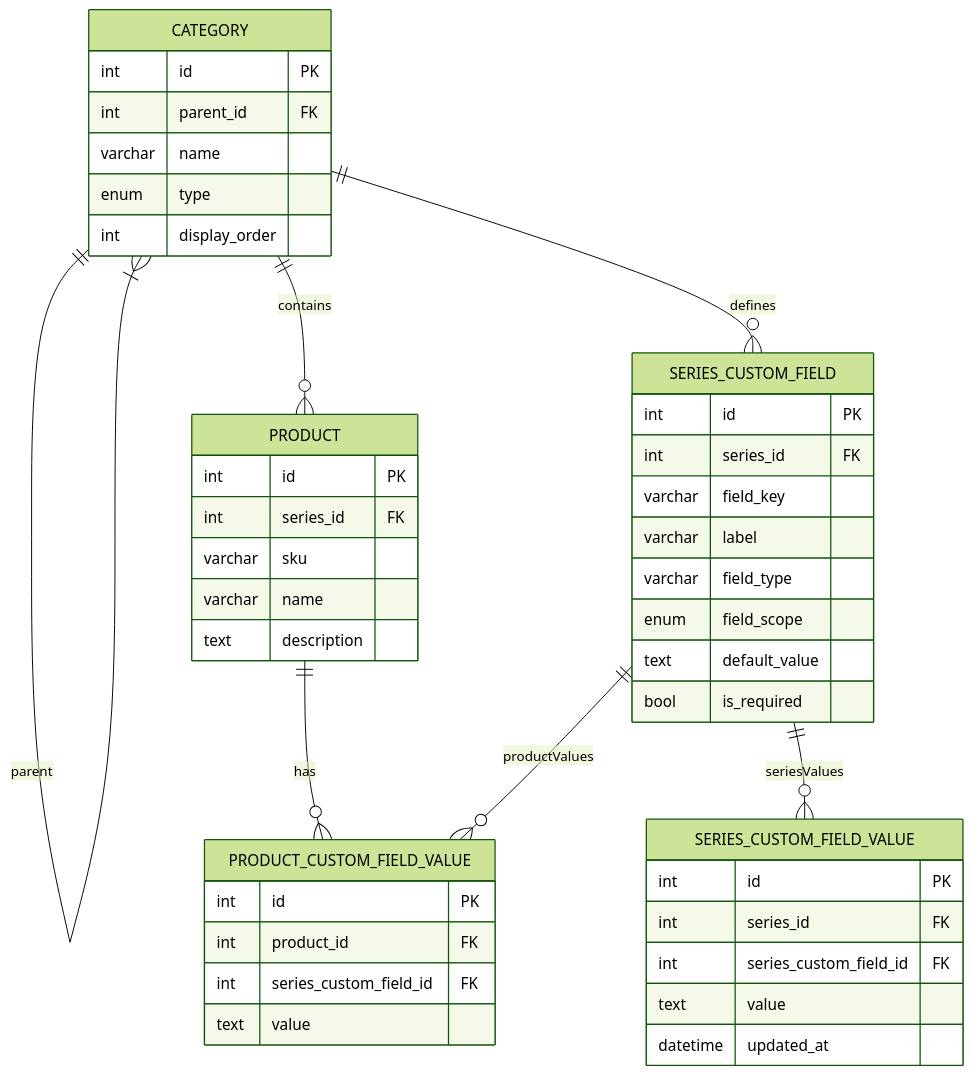
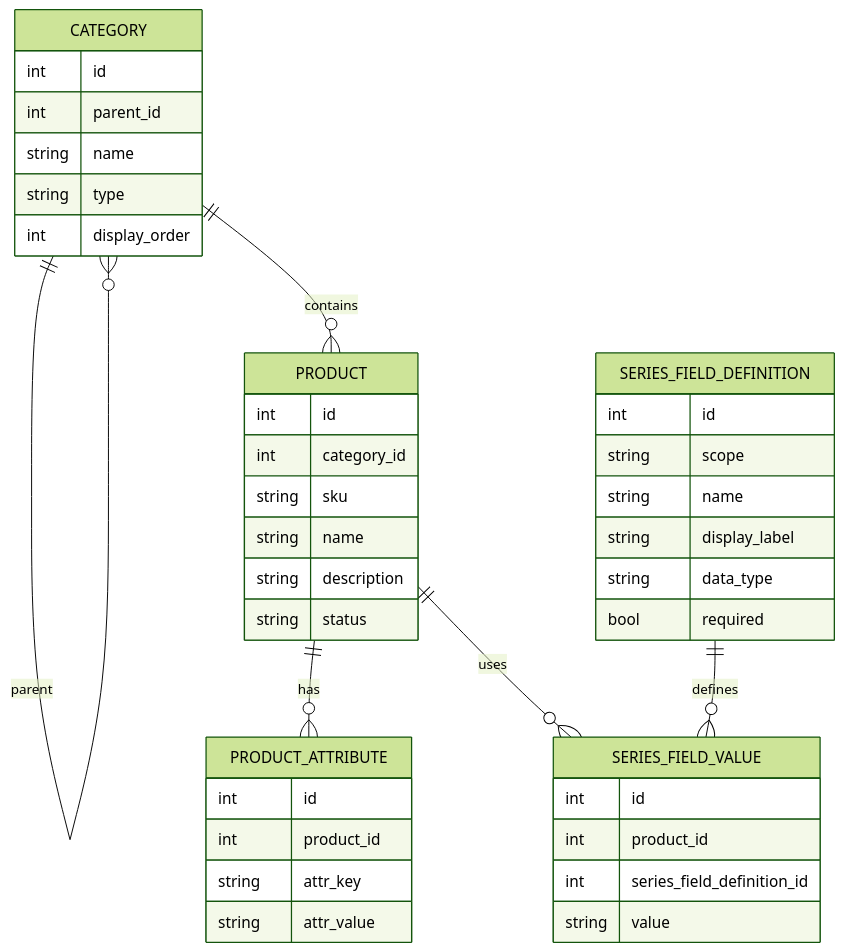
The fifth of 8 diagrams in docs/spec.md (sinjie2008/Foundational-Electronics-Core-Systems), drawn with Mermaid (forest theme) before and after one commit. The commit also changed other lines of this file and 56 other files, not shown here.

Commit message:
Product Catalog Manager - Stable v 0.0.1 - Bootstrap 5 release - Bootstrap 5 datatables - Product Spec Search - Clean Code

````diff
--- a/docs/spec.md
+++ b/docs/spec.md
@@ -572,48 +133,43 @@
 ```mermaid
-%% TruncateCatalog removes rows across the entire hierarchy before the next import rebuilds it.
 erDiagram
-    CATEGORY ||--|{ CATEGORY : parent
-    CATEGORY ||--o{ PRODUCT : contains
-    CATEGORY ||--o{ SERIES_CUSTOM_FIELD : defines
-    PRODUCT ||--o{ PRODUCT_CUSTOM_FIELD_VALUE : has
-    SERIES_CUSTOM_FIELD ||--o{ PRODUCT_CUSTOM_FIELD_VALUE : productValues
-    SERIES_CUSTOM_FIELD ||--o{ SERIES_CUSTOM_FIELD_VALUE : seriesValues
-
-    CATEGORY {
-        int id PK
-        int parent_id FK
-        varchar name
-        enum type
-        int display_order
-    }
-    PRODUCT {
-        int id PK
-        int series_id FK
-        varchar sku
-        varchar name
-        text description
-    }
-    SERIES_CUSTOM_FIELD {
-        int id PK
-        int series_id FK
-        varchar field_key
-        varchar label
-        varchar field_type
-        enum field_scope
-        text default_value
-        bool is_required
-    }
-    PRODUCT_CUSTOM_FIELD_VALUE {
-        int id PK
-        int product_id FK
-        int series_custom_field_id FK
-        text value
-    }
-    SERIES_CUSTOM_FIELD_VALUE {
-        int id PK
-        int series_id FK
-        int series_custom_field_id FK
-        text value
-        datetime updated_at
-    }
+  CATEGORY ||--o{ CATEGORY : parent
+  CATEGORY ||--o{ PRODUCT : contains
+  PRODUCT ||--o{ PRODUCT_ATTRIBUTE : has
+  PRODUCT ||--o{ SERIES_FIELD_VALUE : uses
+  SERIES_FIELD_DEFINITION ||--o{ SERIES_FIELD_VALUE : defines
+  CATEGORY {
+    int id
+    int parent_id
+    string name
+    string type
+    int display_order
+  }
+  PRODUCT {
+    int id
+    int category_id
+    string sku
+    string name
+    string description
+    string status
+  }
+  PRODUCT_ATTRIBUTE {
+    int id
+    int product_id
+    string attr_key
+    string attr_value
+  }
+  SERIES_FIELD_DEFINITION {
+    int id
+    string scope
+    string name
+    string display_label
+    string data_type
+    bool required
+  }
+  SERIES_FIELD_VALUE {
+    int id
+    int product_id
+    int series_field_definition_id
+    string value
+  }
 ```
````
